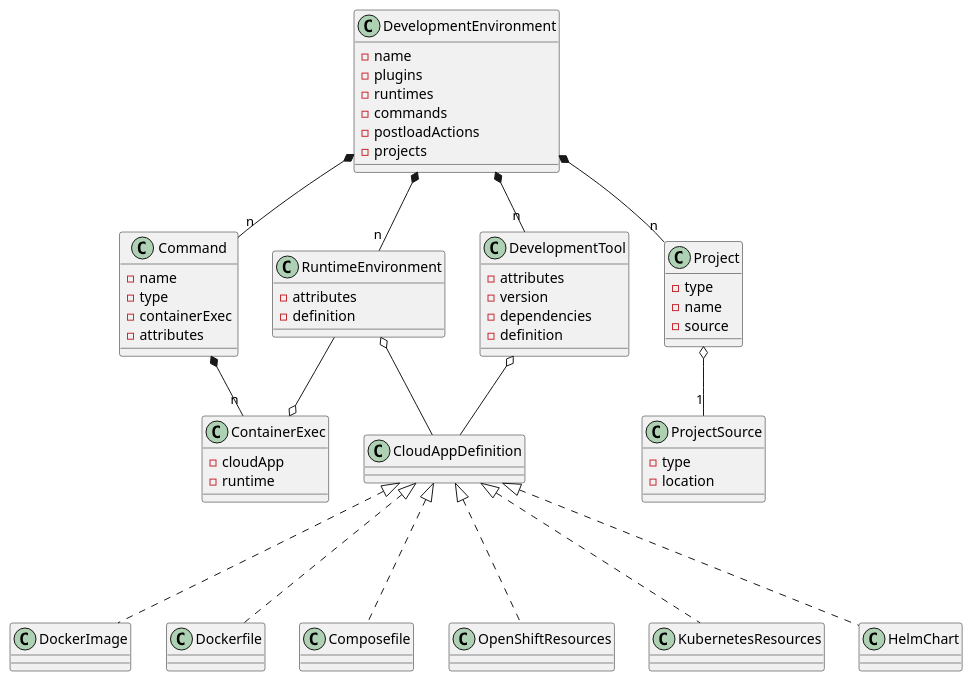
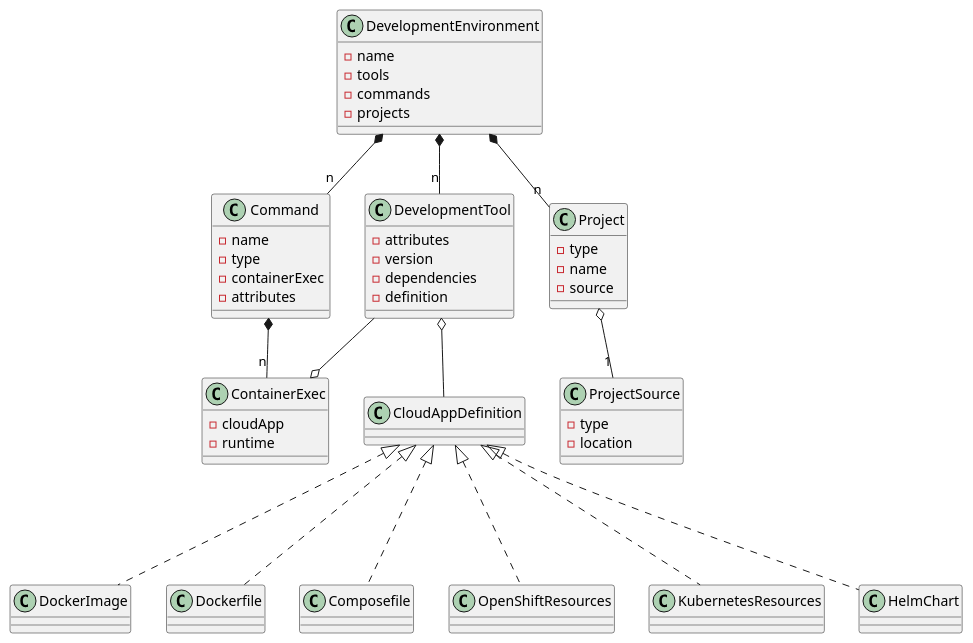
One commit to redhat-developer/devfile changed the diagram in devfile.plantuml. Above: the diagram before and after it, drawn with PlantUML. The commit also changed 3 other files, not shown here.

```diff
--- a/devfile.plantuml
+++ b/devfile.plantuml
@@ -1,79 +1,69 @@
 @startuml
 
 class DevelopmentEnvironment {
   - name
-  - plugins
-  - runtimes
+  - tools
   - commands
-  - postloadActions
   - projects
 }
 
 together {
   class DevelopmentTool
-  class RuntimeEnvironment
   class Command
   class Project
 }
 
 together {
   class ContainerExec
   class CloudAppDefinition
 }
 
 
 DevelopmentEnvironment *-- "n" DevelopmentTool
-DevelopmentEnvironment *-- "n" RuntimeEnvironment
 DevelopmentEnvironment *-- "n" Command
 DevelopmentEnvironment *-- "n" Project
 
 class DevelopmentTool {
     - attributes
     - version
     - dependencies
     - definition
 }
 
-class RuntimeEnvironment {
-    - attributes
-    - definition
-}
-
-RuntimeEnvironment o-- CloudAppDefinition
 DevelopmentTool o-- CloudAppDefinition
 
 CloudAppDefinition <|-.. DockerImage
 CloudAppDefinition <|-.. Dockerfile
 CloudAppDefinition <|-.. Composefile
 CloudAppDefinition <|-.. OpenShiftResources
 CloudAppDefinition <|-.. KubernetesResources
 CloudAppDefinition <|-.. HelmChart
 
 class Command {
   - name
   - type
   - containerExec
   - attributes
 }
 
 Command *-- "n" ContainerExec
-ContainerExec o-- RuntimeEnvironment
+ContainerExec o-- DevelopmentTool
 
 class ContainerExec {
   - cloudApp
   - runtime
 }
 
 class Project {
   - type
   - name
   - source
 }
 
 Project o-- "1" ProjectSource
 
 class ProjectSource {
   - type
   - location
 }
 @enduml
```
